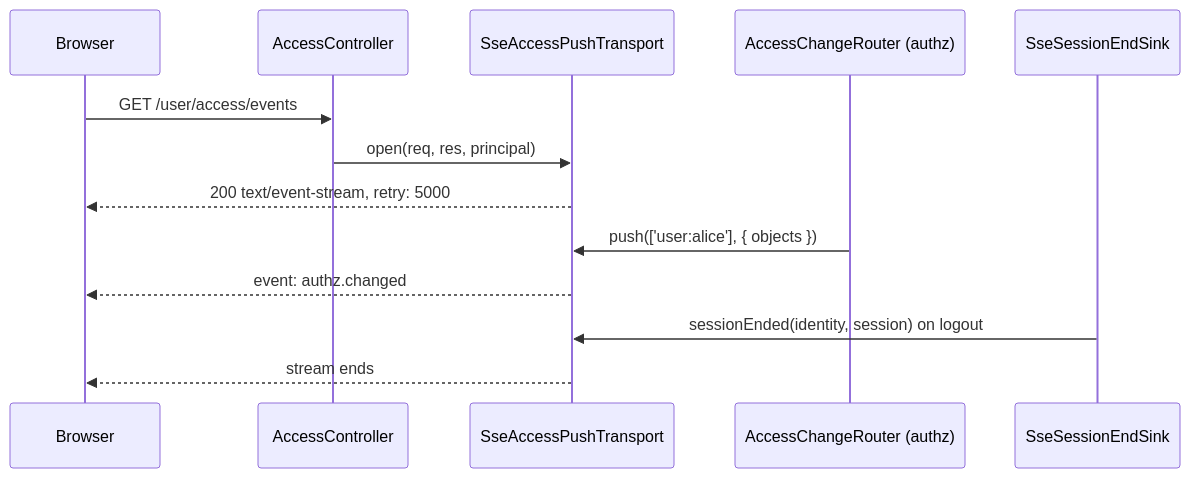
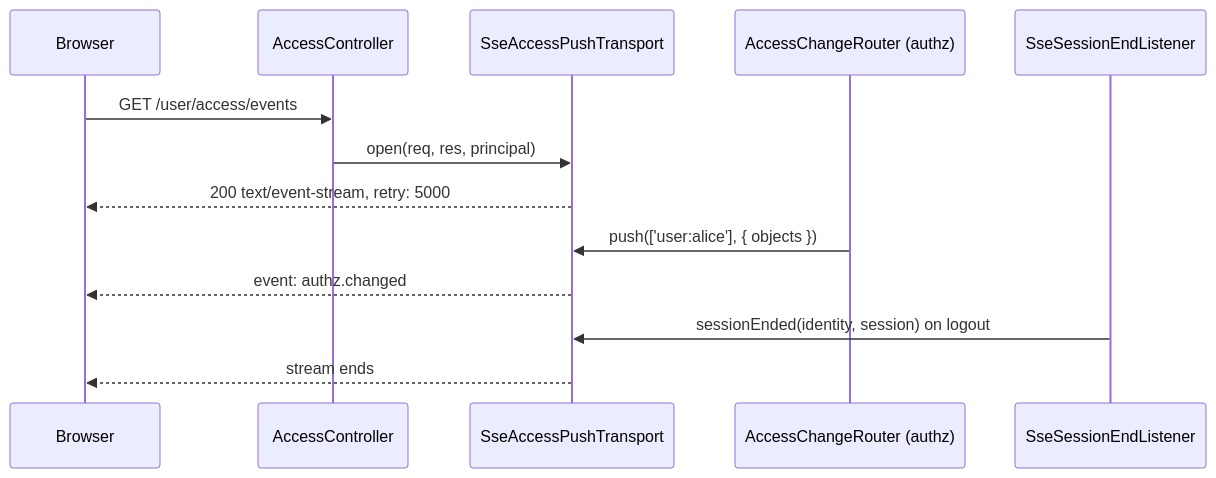
One commit to spinajs/main changed the diagram in docs/authz-http/08-access-events.md. Above: the diagram before and after it, drawn with Mermaid. The commit also changed other lines of this file and 42 other files, not shown here.

````diff
--- a/docs/authz-http/08-access-events.md
+++ b/docs/authz-http/08-access-events.md
@@ -39,15 +39,15 @@
 ```mermaid
 sequenceDiagram
   participant B as Browser
   participant AC as AccessController
   participant T as SseAccessPushTransport
   participant R as AccessChangeRouter (authz)
-  participant S as SseSessionEndSink
+  participant S as SseSessionEndListener
   B->>AC: GET /user/access/events
   AC->>T: open(req, res, principal)
   T-->>B: 200 text/event-stream, retry: 5000
   R->>T: push(['user:alice'], { objects })
   T-->>B: event: authz.changed
   S->>T: sessionEnded(identity, session) on logout
   T-->>B: stream ends
 ```
````
